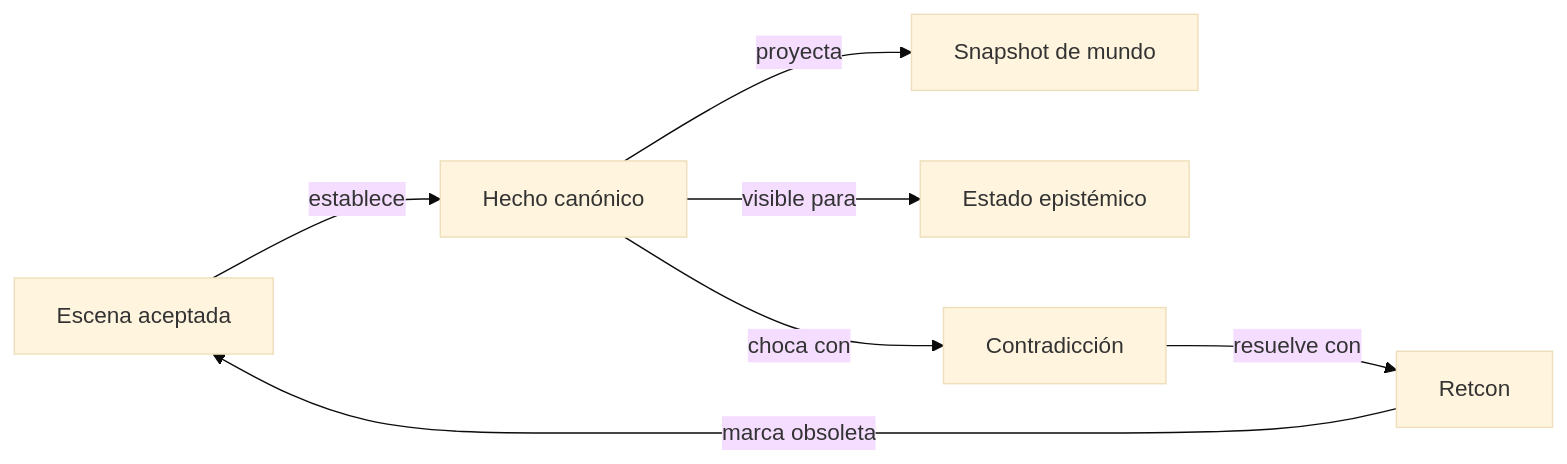
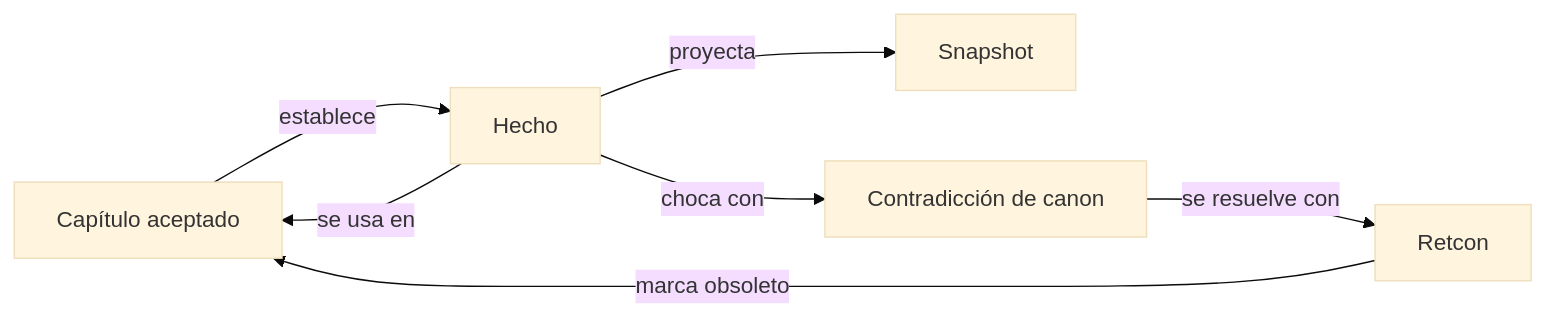
One commit to BrunoCrz3/MyStory changed the eighth of 21 diagrams in docs/domain-knowledge.md. Above: the diagram before and after it, drawn with Mermaid (base theme). The commit also changed other lines of this file and 5 other files, not shown here.

````diff
--- a/docs/domain-knowledge.md
+++ b/docs/domain-knowledge.md
@@ -198,9 +159,9 @@
 ```mermaid
 flowchart LR
-  ESC[Escena aceptada] -->|establece| HC[Hecho canónico]
-  HC -->|proyecta| SN[Snapshot de mundo]
-  HC -->|visible para| EP[Estado epistémico]
-  HC -->|choca con| CO[Contradicción]
-  CO -->|resuelve con| RT[Retcon]
-  RT -->|marca obsoleta| ESC
+  CAP[Capítulo aceptado] -->|establece| HC[Hecho]
+  HC -->|proyecta| SN[Snapshot]
+  HC -->|choca con| CO[Contradicción de canon]
+  CO -->|se resuelve con| RT[Retcon]
+  RT -->|marca obsoleto| CAP
+  HC -->|se usa en| CAP
 ```
````
